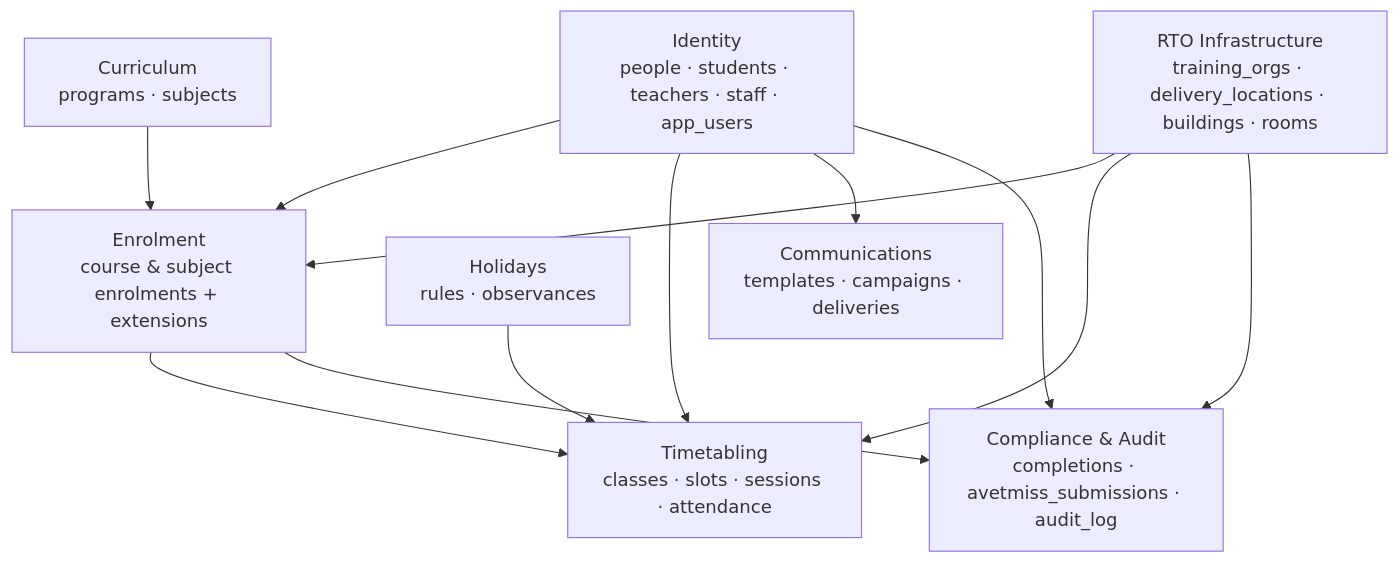
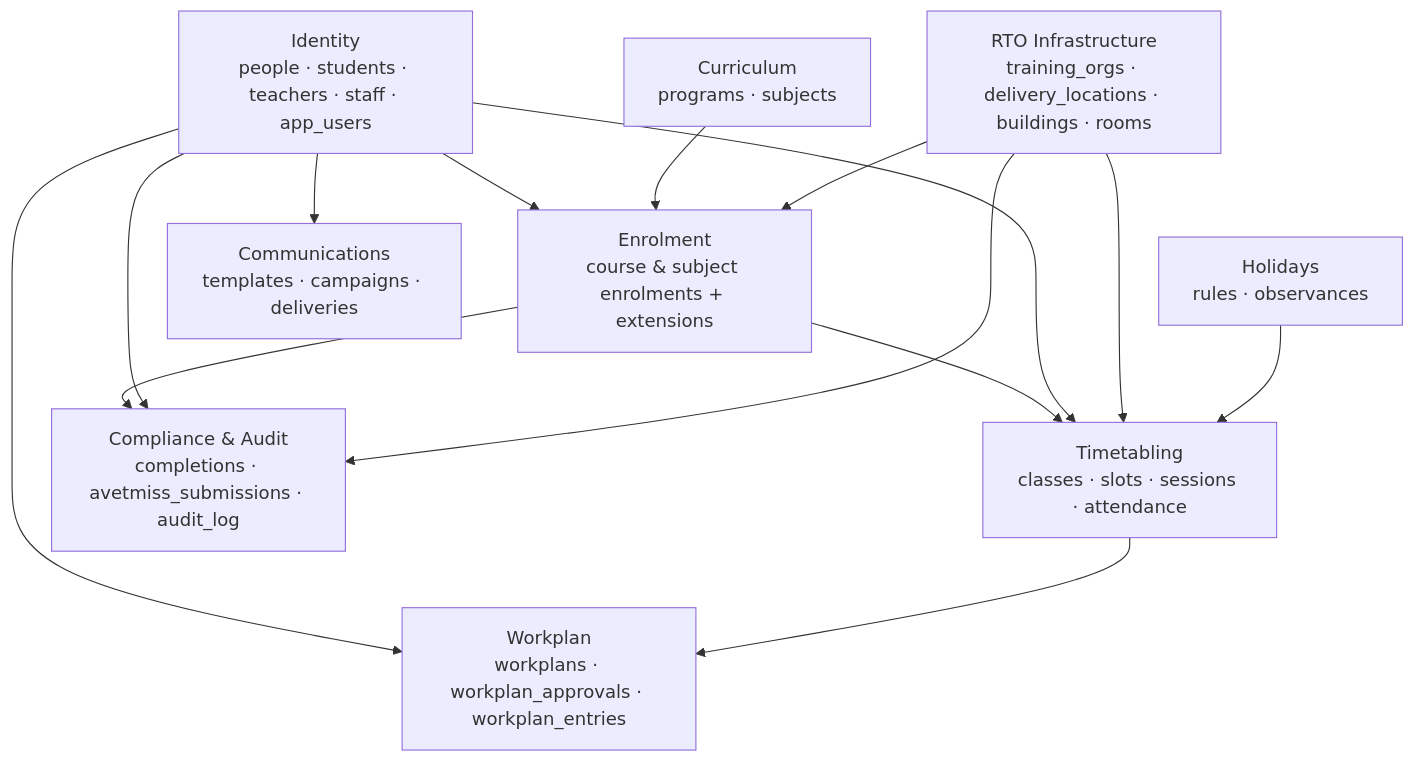
The first of 10 diagrams in docs/DATABASE.md (harleycalvert/nvims), drawn with Mermaid before and after one commit. The commit also changed other lines of this file and 2 other files, not shown here.

Commit message:
Incorporated annual teacher workplan.

````diff
--- a/docs/DATABASE.md
+++ b/docs/DATABASE.md
@@ -70,23 +73,26 @@
 ```mermaid
 graph TD
     P[Identity<br/>people · students · teachers · staff · app_users]
     C[Curriculum<br/>programs · subjects]
     E[Enrolment<br/>course & subject enrolments + extensions]
     I[RTO Infrastructure<br/>training_orgs · delivery_locations · buildings · rooms]
     T[Timetabling<br/>classes · slots · sessions · attendance]
     H[Holidays<br/>rules · observances]
     M[Communications<br/>templates · campaigns · deliveries]
     A[Compliance & Audit<br/>completions · avetmiss_submissions · audit_log]
+    W[Workplan<br/>workplans · workplan_approvals · workplan_entries]
 
     P --> E
     C --> E
     I --> E
     E --> T
     P --> T
     I --> T
     H --> T
     P --> M
     E --> A
     P --> A
     I --> A
+    P --> W
+    T --> W
 ```
````
